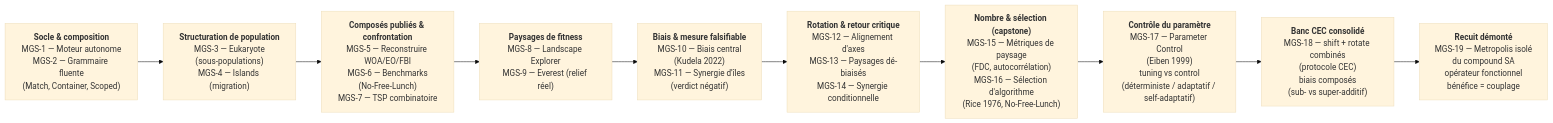
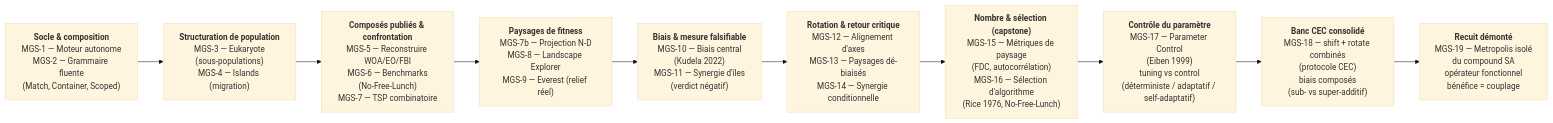
One commit to jsboige/CoursIA changed the diagram in MyIA.AI.Notebooks/Search/Part4-Metaheuristics/README.md. Above: the diagram before and after it, drawn with Mermaid (base theme). The commit also changed other lines of this file and 1 other file, not shown here.

First line of the commit message:
feat(search,#3975): reconcile Part4 README count 19->20 (MGS-7b visibility)

````diff
--- a/MyIA.AI.Notebooks/Search/Part4-Metaheuristics/README.md
+++ b/MyIA.AI.Notebooks/Search/Part4-Metaheuristics/README.md
@@ -78,14 +79,14 @@
 ```mermaid
 flowchart LR
     W1["<b>Socle &amp; composition</b><br/>MGS-1 — Moteur autonome<br/>MGS-2 — Grammaire fluente<br/>(Match, Container, Scoped)"]
     W2["<b>Structuration de population</b><br/>MGS-3 — Eukaryote<br/>(sous-populations)<br/>MGS-4 — Islands (migration)"]
     W3["<b>Composés publiés &amp; confrontation</b><br/>MGS-5 — Reconstruire WOA/EO/FBI<br/>MGS-6 — Benchmarks<br/>(No-Free-Lunch)<br/>MGS-7 — TSP combinatoire"]
-    W4["<b>Paysages de fitness</b><br/>MGS-8 — Landscape Explorer<br/>MGS-9 — Everest (relief réel)"]
+    W4["<b>Paysages de fitness</b><br/>MGS-7b — Projection N-D<br/>MGS-8 — Landscape Explorer<br/>MGS-9 — Everest (relief réel)"]
     W5["<b>Biais &amp; mesure falsifiable</b><br/>MGS-10 — Biais central<br/>(Kudela 2022)<br/>MGS-11 — Synergie d'îles<br/>(verdict négatif)"]
     W6["<b>Rotation &amp; retour critique</b><br/>MGS-12 — Alignement d'axes<br/>MGS-13 — Paysages dé-biaisés<br/>MGS-14 — Synergie conditionnelle"]
     W7["<b>Nombre &amp; sélection (capstone)</b><br/>MGS-15 — Métriques de paysage<br/>(FDC, autocorrélation)<br/>MGS-16 — Sélection d'algorithme<br/>(Rice 1976, No-Free-Lunch)"]
     W8["<b>Contrôle du paramètre</b><br/>MGS-17 — Parameter Control<br/>(Eiben 1999)<br/>tuning vs control<br/>(déterministe / adaptatif / self-adaptatif)"]
     W9["<b>Banc CEC consolidé</b><br/>MGS-18 — shift + rotate combinés<br/>(protocole CEC)<br/>biais composés<br/>(sub- vs super-additif)"]
     W10["<b>Recuit démonté</b><br/>MGS-19 — Metropolis isolé<br/>du compound SA<br/>opérateur fonctionnel<br/>bénéfice = couplage"]
     W1 --> W2 --> W3 --> W4 --> W5 --> W6 --> W7 --> W8 --> W9 --> W10
 ```
````
